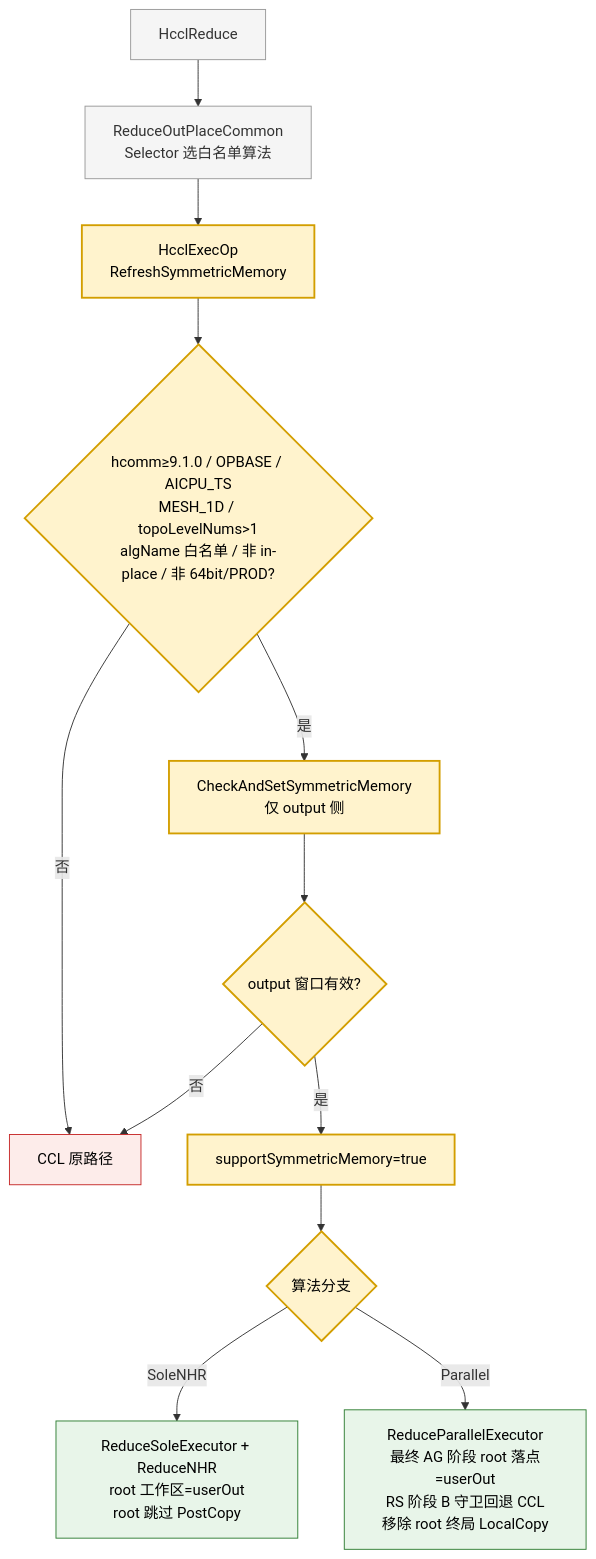
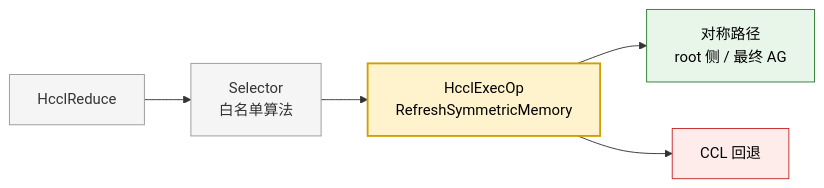
The fifth of 10 diagrams in design/26RP4/支持allgatherV、reduce算子的零拷贝模式/SRS_SD-AllGatherV与Reduce零拷贝.md (cassielee-tech/my-lib), drawn with Mermaid before and after one commit. The commit also changed other lines of this file, not shown here.

Commit message:
docs: 门禁图改为小图加矩阵表

````diff
--- a/design/26RP4/支持allgatherV、reduce算子的零拷贝模式/SRS_SD-AllGatherV与Reduce零拷贝.md
+++ b/design/26RP4/支持allgatherV、reduce算子的零拷贝模式/SRS_SD-AllGatherV与Reduce零拷贝.md
@@ -328,22 +332,15 @@
 ```mermaid
-flowchart TD
-    A["HcclReduce"] --> B["ReduceOutPlaceCommon<br/>Selector 选白名单算法"]
+flowchart LR
+    A["HcclReduce"] --> B["Selector<br/>白名单算法"]
     B --> C["HcclExecOp<br/>RefreshSymmetricMemory"]
-    C --> D{"hcomm≥9.1.0 / OPBASE / AICPU_TS<br/>MESH_1D / topoLevelNums>1<br/>algName 白名单 / 非 in-place / 非 64bit/PROD?"}
-    D -- 否 --> X["CCL 原路径"]
-    D -- 是 --> E["CheckAndSetSymmetricMemory<br/>仅 output 侧"]
-    E --> F{"output 窗口有效?"}
-    F -- 否 --> X
-    F -- 是 --> G["supportSymmetricMemory=true"]
-    G --> H{"算法分支"}
-    H -- SoleNHR --> I["ReduceSoleExecutor + ReduceNHR<br/>root 工作区=userOut<br/>root 跳过 PostCopy"]
-    H -- Parallel --> J["ReduceParallelExecutor<br/>最终 AG 阶段 root 落点=userOut<br/>RS 阶段 B 守卫回退 CCL<br/>移除 root 终局 LocalCopy"]
+    C --> D["对称路径<br/>root 侧 / 最终 AG"]
+    C --> E["CCL 回退"]
+    classDef existing fill:#f5f5f5,stroke:#999,color:#333;
     classDef changed fill:#fff3cd,stroke:#d39e00,stroke-width:2px,color:#000;
-    classDef existing fill:#f5f5f5,stroke:#999,color:#333;
+    classDef direct fill:#e8f5e9,stroke:#2e7d32,color:#000;
     classDef fallback fill:#fdecea,stroke:#c62828,color:#000;
-    classDef direct fill:#e8f5e9,stroke:#2e7d32,color:#000;
     class A,B existing;
-    class C,D,E,F,G,H changed;
-    class X fallback;
-    class I,J direct;
+    class C changed;
+    class D direct;
+    class E fallback;
 ```
````
